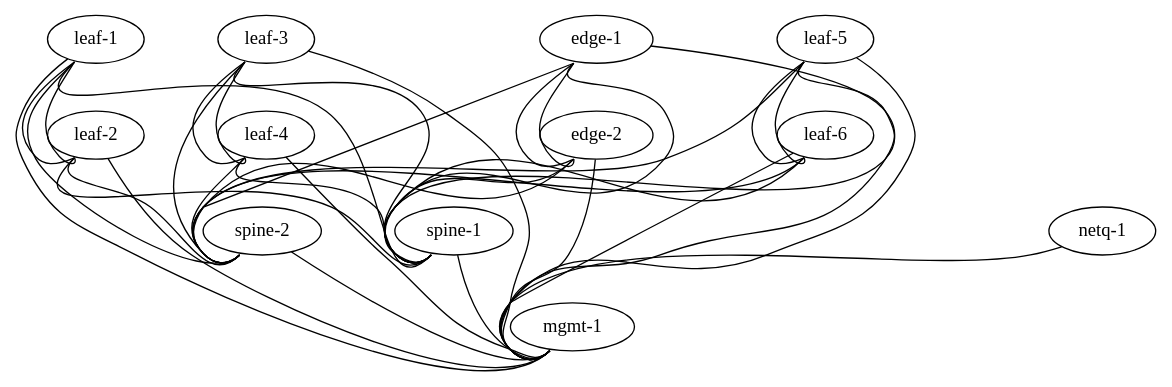
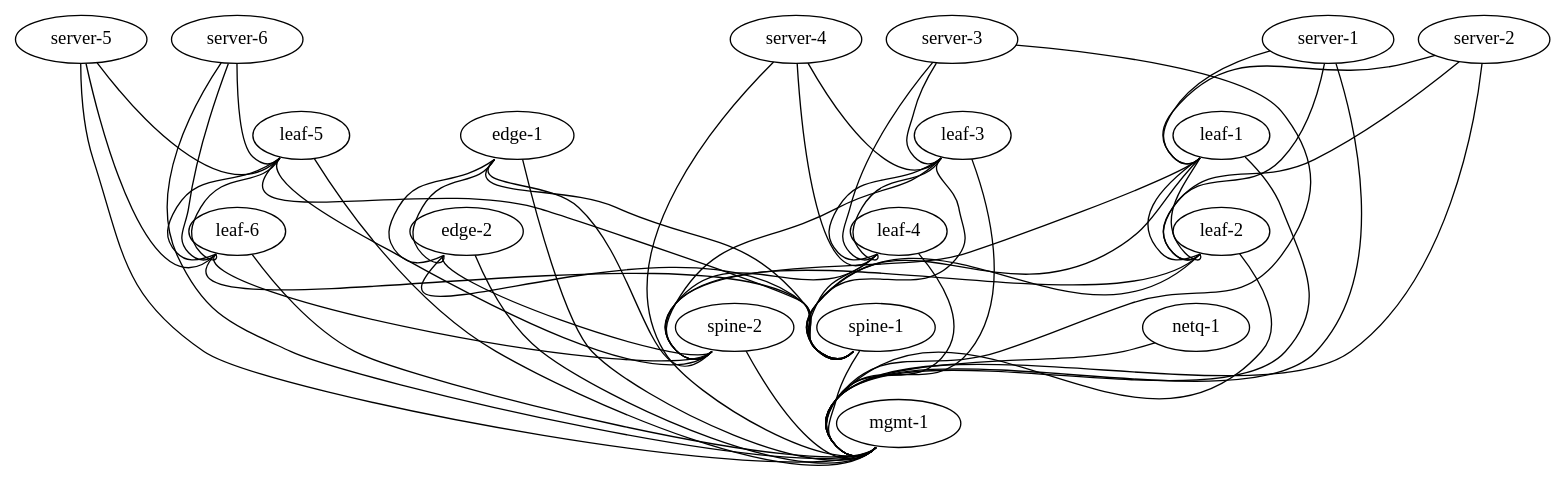
One commit to berndonline/cumulus-lab-vagrant changed the diagram in topology-production.dot. Above: the diagram before and after it, drawn with Graphviz. The commit also changed 13 other files, not shown here.

```diff
--- a/topology-production.dot
+++ b/topology-production.dot
@@ -1,54 +1,79 @@
 graph vx {
- "leaf-1" [function="leaf" vagrant="eth1" as="CumulusCommunity/cumulus-vx" version="3.4.3" memory="512" config="./helper_scripts/config_production_switch.sh" ]
- "leaf-2" [function="leaf" vagrant="eth1" os="CumulusCommunity/cumulus-vx" version="3.4.3" memory="512" config="./helper_scripts/config_production_switch.sh" ]
- "leaf-3" [function="leaf" vagrant="eth1" os="CumulusCommunity/cumulus-vx" version="3.4.3" memory="512" config="./helper_scripts/config_production_switch.sh" ]
- "leaf-4" [function="leaf" vagrant="eth1" os="CumulusCommunity/cumulus-vx" version="3.4.3" memory="512" config="./helper_scripts/config_production_switch.sh" ]
- "leaf-5" [function="leaf" vagrant="eth1" os="CumulusCommunity/cumulus-vx" version="3.4.3" memory="512" config="./helper_scripts/config_production_switch.sh" ]
- "leaf-6" [function="leaf" vagrant="eth1" os="CumulusCommunity/cumulus-vx" version="3.4.3" memory="512" config="./helper_scripts/config_production_switch.sh" ]
- "spine-1" [function="spine" vagrant="eth1" os="CumulusCommunity/cumulus-vx" version="3.4.3" memory="512" config="./helper_scripts/config_production_switch.sh" ]
- "spine-2" [function="spine" vagrant="eth1" os="CumulusCommunity/cumulus-vx" version="3.4.3" memory="512" config="./helper_scripts/config_production_switch.sh" ]
- "edge-1" [function="edge" vagrant="eth1" os="CumulusCommunity/cumulus-vx" version="3.4.3" memory="512" config="./helper_scripts/config_production_switch.sh" ]
- "edge-2" [function="edge" vagrant="eth1" os="CumulusCommunity/cumulus-vx" version="3.4.3" memory="512" config="./helper_scripts/config_production_switch.sh" ]
- "mgmt-1" [function="mgmt" vagrant="eth1" os="CumulusCommunity/cumulus-vx" version="3.4.3" memory="512" config="./helper_scripts/config_mgmt_production_switch.sh" ]
- "netq-1" [function="netq" vagrant="eth0" os="cumulus/ts" memory="1024" config="./helper_scripts/config_mgmt_production_server.sh" ]
+ "leaf-1" [function="leaf" vagrant="eth1" as="CumulusCommunity/cumulus-vx" version="3.4.3" memory="768" config="./helper_scripts/config_production_switch.sh" ]
+ "leaf-2" [function="leaf" vagrant="eth1" os="CumulusCommunity/cumulus-vx" version="3.4.3" memory="768" config="./helper_scripts/config_production_switch.sh" ]
+ "leaf-3" [function="leaf" vagrant="eth1" os="CumulusCommunity/cumulus-vx" version="3.4.3" memory="768" config="./helper_scripts/config_production_switch.sh" ]
+ "leaf-4" [function="leaf" vagrant="eth1" os="CumulusCommunity/cumulus-vx" version="3.4.3" memory="768" config="./helper_scripts/config_production_switch.sh" ]
+ "leaf-5" [function="leaf" vagrant="eth1" os="CumulusCommunity/cumulus-vx" version="3.4.3" memory="768" config="./helper_scripts/config_production_switch.sh" ]
+ "leaf-6" [function="leaf" vagrant="eth1" os="CumulusCommunity/cumulus-vx" version="3.4.3" memory="768" config="./helper_scripts/config_production_switch.sh" ]
+ "spine-1" [function="spine" vagrant="eth1" os="CumulusCommunity/cumulus-vx" version="3.4.3" memory="768" config="./helper_scripts/config_production_switch.sh" ]
+ "spine-2" [function="spine" vagrant="eth1" os="CumulusCommunity/cumulus-vx" version="3.4.3" memory="768" config="./helper_scripts/config_production_switch.sh" ]
+ "edge-1" [function="edge" vagrant="eth1" os="CumulusCommunity/cumulus-vx" version="3.4.3" memory="768" config="./helper_scripts/config_production_switch.sh" ]
+ "edge-2" [function="edge" vagrant="eth1" os="CumulusCommunity/cumulus-vx" version="3.4.3" memory="768" config="./helper_scripts/config_production_switch.sh" ]
+ "mgmt-1" [function="mgmt" vagrant="eth1" os="CumulusCommunity/cumulus-vx" version="3.4.3" memory="768" config="./helper_scripts/config_mgmt_production_switch.sh" ]
+ "netq-1" [function="netq" vagrant="eth1" os="cumulus/ts" memory="1024" config="./helper_scripts/config_mgmt_production_server.sh" ]
+ "server-1" [function="host" vagrant="eth3" os="CumulusCommunity/cumulus-vx" version="3.4.3" memory="768" config="./helper_scripts/config_production_server.sh" ]
+ "server-2" [function="host" vagrant="eth3" os="CumulusCommunity/cumulus-vx" version="3.4.3" memory="768" config="./helper_scripts/config_production_server.sh" ]
+ "server-3" [function="host" vagrant="eth3" os="CumulusCommunity/cumulus-vx" version="3.4.3" memory="768" config="./helper_scripts/config_production_server.sh" ]
+ "server-4" [function="host" vagrant="eth3" os="CumulusCommunity/cumulus-vx" version="3.4.3" memory="768" config="./helper_scripts/config_production_server.sh" ]
+ "server-5" [function="host" vagrant="eth3" os="CumulusCommunity/cumulus-vx" version="3.4.3" memory="768" config="./helper_scripts/config_production_server.sh" ]
+ "server-6" [function="host" vagrant="eth3" os="CumulusCommunity/cumulus-vx" version="3.4.3" memory="768" config="./helper_scripts/config_production_server.sh" ]
 
  "leaf-1":"swp51" -- "spine-1":"swp1"
  "leaf-2":"swp51" -- "spine-1":"swp2"
  "leaf-3":"swp51" -- "spine-1":"swp3"
  "leaf-4":"swp51" -- "spine-1":"swp4"
  "leaf-5":"swp51" -- "spine-1":"swp5"
  "leaf-6":"swp51" -- "spine-1":"swp6"
  "leaf-1":"swp52" -- "spine-2":"swp1"
  "leaf-2":"swp52" -- "spine-2":"swp2"
  "leaf-3":"swp52" -- "spine-2":"swp3"
  "leaf-4":"swp52" -- "spine-2":"swp4"
  "leaf-5":"swp52" -- "spine-2":"swp5"
  "leaf-6":"swp52" -- "spine-2":"swp6"
 
  "leaf-1":"swp53" -- "leaf-2":"swp53"
  "leaf-1":"swp54" -- "leaf-2":"swp54"
  "leaf-3":"swp53" -- "leaf-4":"swp53"
  "leaf-3":"swp54" -- "leaf-4":"swp54"
  "leaf-5":"swp53" -- "leaf-6":"swp53"
  "leaf-5":"swp54" -- "leaf-6":"swp54"
 
  "edge-1":"swp53" -- "edge-2":"swp53"
  "edge-1":"swp54" -- "edge-2":"swp54"
 
  "edge-1":"swp51" -- "spine-1":"swp51"
  "edge-1":"swp52" -- "spine-2":"swp51"
  "edge-2":"swp51" -- "spine-1":"swp52"
  "edge-2":"swp52" -- "spine-2":"swp52"
 
+ "server-1":"eth1" -- "leaf-1":"swp1" [left_mac="00:03:00:11:11:01"]
+ "server-1":"eth2" -- "leaf-2":"swp1" [left_mac="00:03:00:11:11:02"]
+ "server-2":"eth1" -- "leaf-1":"swp2" [left_mac="00:03:00:22:22:01"]
+ "server-2":"eth2" -- "leaf-2":"swp2" [left_mac="00:03:00:22:22:02"]
+ "server-3":"eth1" -- "leaf-3":"swp1" [left_mac="00:03:00:33:33:01"]
+ "server-3":"eth2" -- "leaf-4":"swp1" [left_mac="00:03:00:33:33:02"]
+ "server-4":"eth1" -- "leaf-3":"swp2" [left_mac="00:03:00:44:44:01"]
+ "server-4":"eth2" -- "leaf-4":"swp2" [left_mac="00:03:00:44:44:02"]
+ "server-5":"eth1" -- "leaf-5":"swp1" [left_mac="00:03:00:55:55:01"]
+ "server-5":"eth2" -- "leaf-6":"swp1" [left_mac="00:03:00:55:55:02"]
+ "server-6":"eth1" -- "leaf-5":"swp2" [left_mac="00:03:00:66:66:01"]
+ "server-6":"eth2" -- "leaf-6":"swp2" [left_mac="00:03:00:66:66:02"]
+
  "leaf-1":"eth0" -- "mgmt-1":"swp1" [left_mac="a0:00:00:00:00:11"]
  "leaf-2":"eth0" -- "mgmt-1":"swp2" [left_mac="a0:00:00:00:00:12"]
  "leaf-3":"eth0" -- "mgmt-1":"swp3" [left_mac="a0:00:00:00:00:13"]
  "leaf-4":"eth0" -- "mgmt-1":"swp4" [left_mac="a0:00:00:00:00:14"]
  "leaf-5":"eth0" -- "mgmt-1":"swp5" [left_mac="a0:00:00:00:00:15"]
  "leaf-6":"eth0" -- "mgmt-1":"swp6" [left_mac="a0:00:00:00:00:16"]
  "spine-1":"eth0" -- "mgmt-1":"swp7" [left_mac="a0:00:00:00:00:21"]
  "spine-2":"eth0" -- "mgmt-1":"swp8" [left_mac="a0:00:00:00:00:22"]
  "edge-1":"eth0" -- "mgmt-1":"swp9" [left_mac="a0:00:00:00:00:41"]
  "edge-2":"eth0" -- "mgmt-1":"swp10" [left_mac="a0:00:00:00:00:42"]
- "netq-1":"eth1" -- "mgmt-1":"swp11" [right_mac="a0:00:00:00:00:61"]
+ "netq-1":"eth0" -- "mgmt-1":"swp11" [right_mac="a0:00:00:00:00:61"]
+ "server-1":"eth0" -- "mgmt-1":"swp12" [left_mac="a0:00:00:00:00:31"]
+ "server-2":"eth0" -- "mgmt-1":"swp13" [left_mac="a0:00:00:00:00:32"]
+ "server-3":"eth0" -- "mgmt-1":"swp14" [left_mac="a0:00:00:00:00:33"]
+ "server-4":"eth0" -- "mgmt-1":"swp15" [left_mac="a0:00:00:00:00:34"]
+ "server-5":"eth0" -- "mgmt-1":"swp16" [left_mac="a0:00:00:00:00:35"]
+ "server-6":"eth0" -- "mgmt-1":"swp17" [left_mac="a0:00:00:00:00:36"]
 }
```
